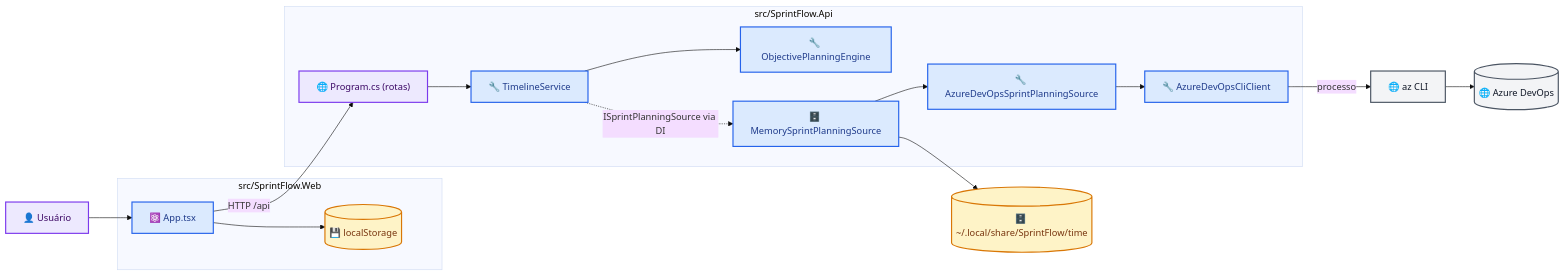
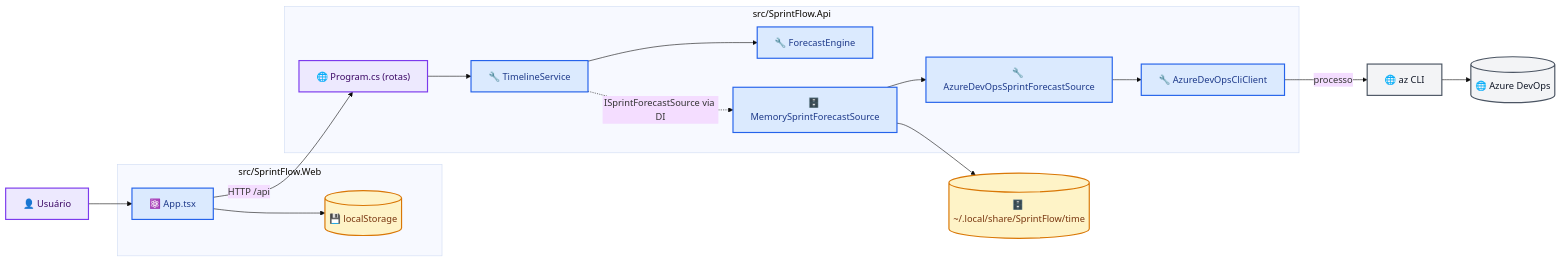
One commit to alepspizzetti/SprintFlow changed the first of 7 diagrams in .docs/ARQUITETURA.md. Above: the diagram before and after it, drawn with Mermaid (base theme). The commit also changed other lines of this file and 31 other files, not shown here.

First line of the commit message:
Feat:atualiza previsão de sprint e timeline

````diff
--- a/.docs/ARQUITETURA.md
+++ b/.docs/ARQUITETURA.md
@@ -27,36 +27,36 @@
 ```mermaid
 flowchart LR
   classDef api fill:#EDE9FE,stroke:#7C3AED,color:#3B0764,stroke-width:2px
   classDef externo fill:#F3F4F6,stroke:#4B5563,color:#111827,stroke-width:2px
   classDef processo fill:#DBEAFE,stroke:#2563EB,color:#1E3A8A,stroke-width:2px
   classDef dados fill:#FEF3C7,stroke:#D97706,color:#78350F,stroke-width:2px
 
   usuario["👤 Usuário"]:::api
   subgraph WEB["src/SprintFlow.Web"]
     app["⚛️ App.tsx"]:::processo
     storage[("💾 localStorage")]:::dados
   end
   subgraph API["src/SprintFlow.Api"]
     rotas["🌐 Program.cs (rotas)"]:::api
     timeline["🔧 TimelineService"]:::processo
-    engine["🔧 ObjectivePlanningEngine"]:::processo
-    cache["🗄️ MemorySprintPlanningSource"]:::processo
-    fonte["🔧 AzureDevOpsSprintPlanningSource"]:::processo
+    engine["🔧 ForecastEngine"]:::processo
+    cache["🗄️ MemorySprintForecastSource"]:::processo
+    fonte["🔧 AzureDevOpsSprintForecastSource"]:::processo
     cli["🔧 AzureDevOpsCliClient"]:::processo
   end
   disco[("🗄️ ~/.local/share/SprintFlow/time")]:::dados
   az["🌐 az CLI"]:::externo
   ado[("🌐 Azure DevOps")]:::externo
 
   usuario --> app
   app --> storage
   app -->|HTTP /api| rotas
   rotas --> timeline
-  timeline -.->|ISprintPlanningSource via DI| cache
+  timeline -.->|ISprintForecastSource via DI| cache
   timeline --> engine
   cache --> disco
   cache --> fonte
   fonte --> cli
   cli -->|processo| az
   az --> ado
 ```
````
